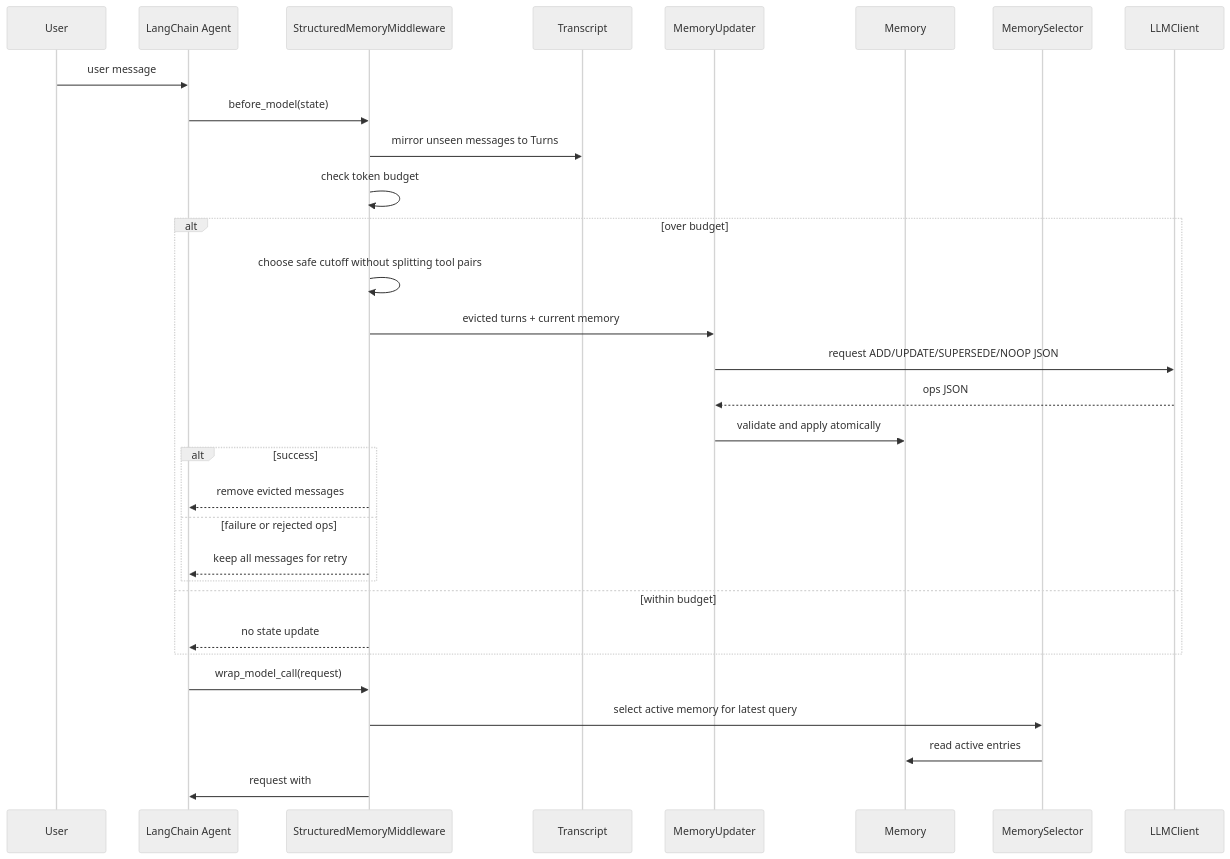
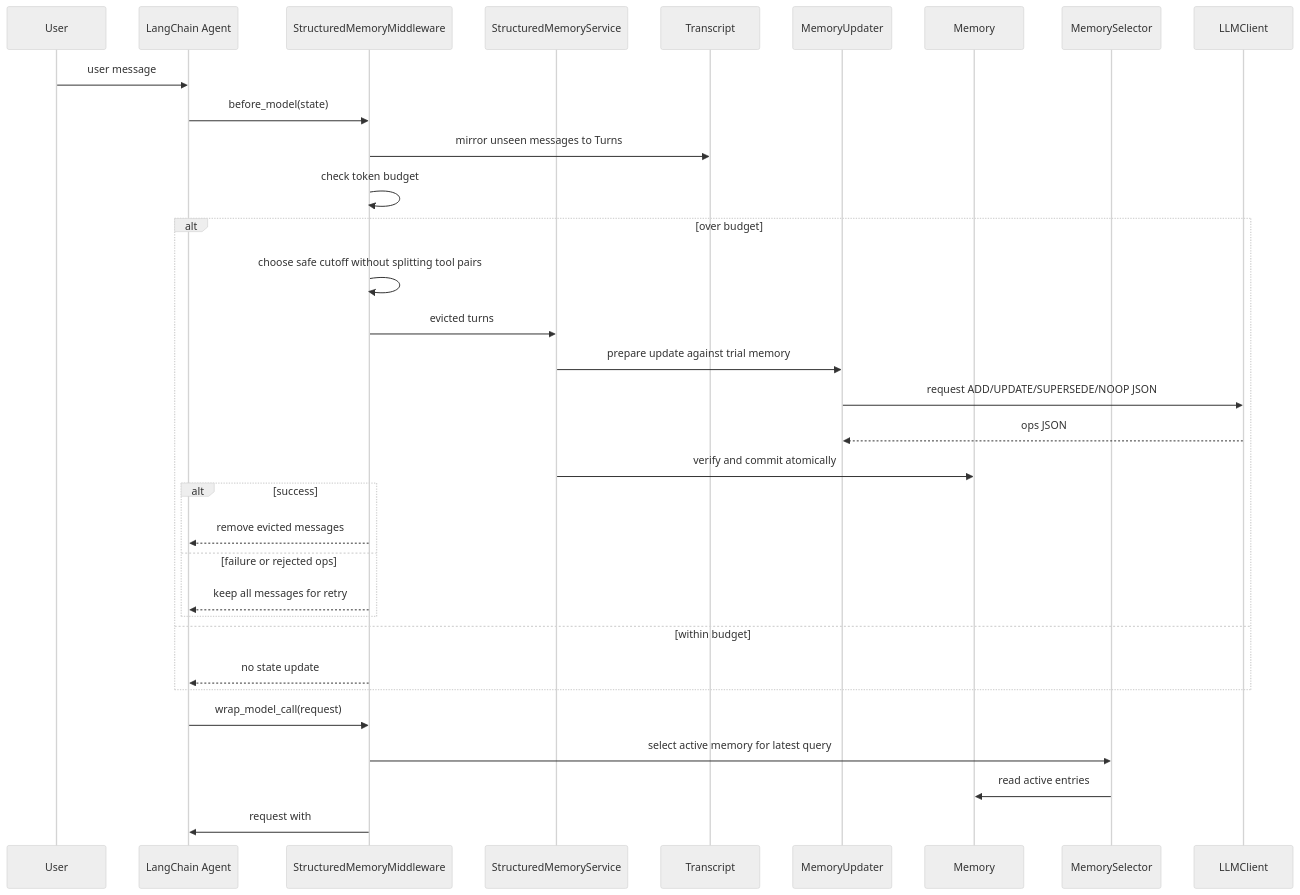
The fifth of 11 diagrams in ARCHITECTURE.md (sandy1990418/MemoryAgent), drawn with Mermaid (neutral theme) before and after one commit. The commit also changed other lines of this file and 128 other files, not shown here.

````diff
--- a/ARCHITECTURE.md
+++ b/ARCHITECTURE.md
@@ -188,34 +227,36 @@
 ```mermaid
 sequenceDiagram
     participant U as User
     participant A as LangChain Agent
     participant SM as StructuredMemoryMiddleware
+    participant S as StructuredMemoryService
     participant T as Transcript
     participant Up as MemoryUpdater
     participant Mem as Memory
     participant Sel as MemorySelector
     participant L as LLMClient
 
     U->>A: user message
     A->>SM: before_model(state)
     SM->>T: mirror unseen messages to Turns
     SM->>SM: check token budget
     alt over budget
         SM->>SM: choose safe cutoff without splitting tool pairs
-        SM->>Up: evicted turns + current memory
+        SM->>S: evicted turns
+        S->>Up: prepare update against trial memory
         Up->>L: request ADD/UPDATE/SUPERSEDE/NOOP JSON
         L-->>Up: ops JSON
-        Up->>Mem: validate and apply atomically
+        S->>Mem: verify and commit atomically
         alt success
             SM-->>A: remove evicted messages
         else failure or rejected ops
             SM-->>A: keep all messages for retry
         end
     else within budget
         SM-->>A: no state update
     end
     A->>SM: wrap_model_call(request)
     SM->>Sel: select active memory for latest query
     Sel->>Mem: read active entries
     SM->>A: request with # Conversation Memory
 ```
````
